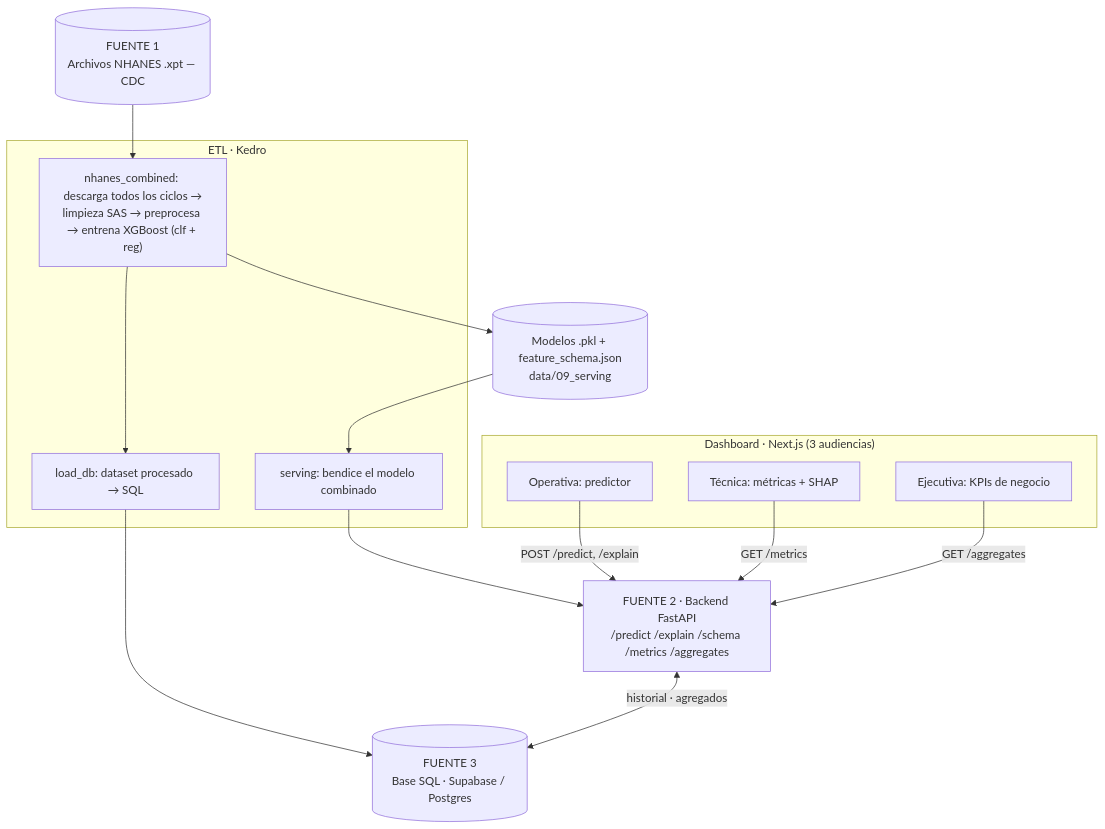
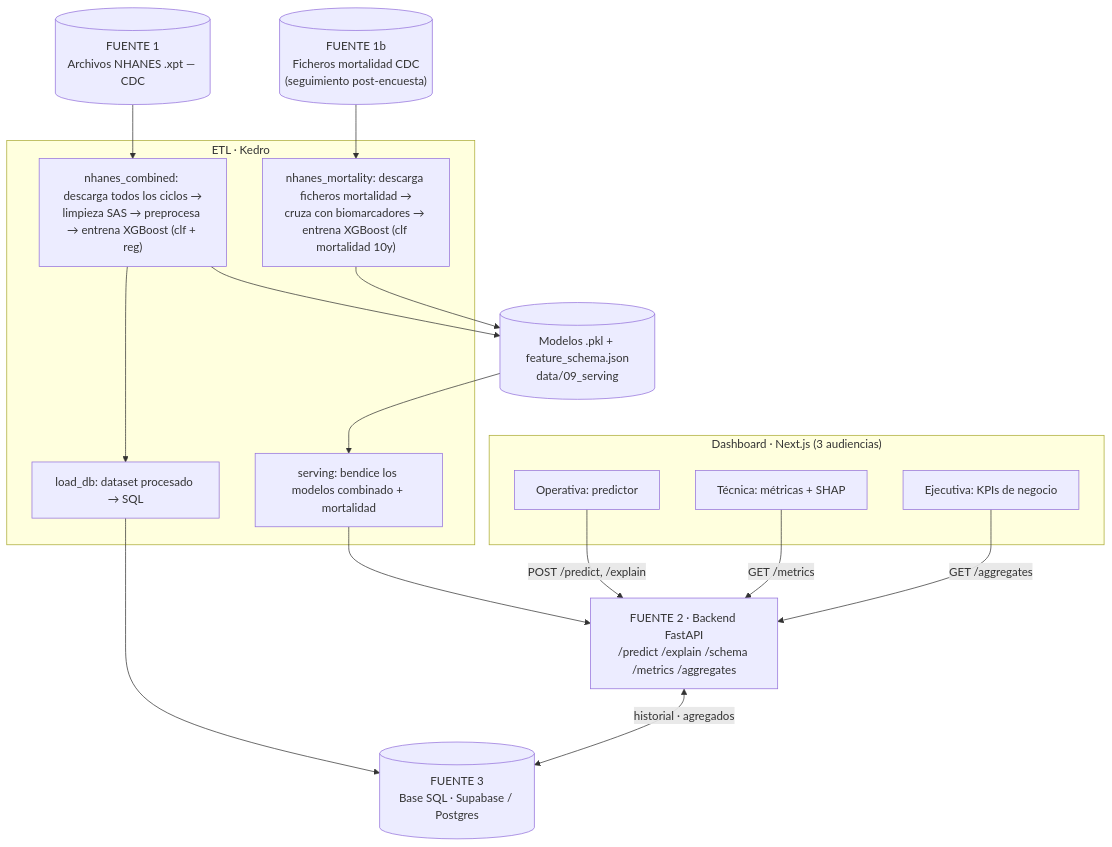
Before and after one commit to Unknumb/ev3_nanhes: the first of 5 diagrams in docs/arquitectura.md, drawn with Mermaid. The commit also changed other lines of this file and 2 other files, not shown here.

First line of the commit message:
docs: actualizar documentación para reflejar 3 modelos y métricas reales

````diff
--- a/docs/arquitectura.md
+++ b/docs/arquitectura.md
@@ -20,29 +20,33 @@
 ```mermaid
 flowchart TD
     CDC[("FUENTE 1<br/>Archivos NHANES .xpt — CDC")]
+    MORT_CDC[("FUENTE 1b<br/>Ficheros mortalidad CDC<br/>(seguimiento post-encuesta)")]
 
     subgraph ETL["ETL · Kedro"]
         TRAIN["nhanes_combined: descarga todos los ciclos →<br/>limpieza SAS → preprocesa → entrena XGBoost (clf + reg)"]
-        SERV["serving: bendice el modelo combinado"]
+        MORTALITY["nhanes_mortality: descarga ficheros mortalidad →<br/>cruza con biomarcadores → entrena XGBoost (clf mortalidad 10y)"]
+        SERV["serving: bendice los modelos combinado + mortalidad"]
         LOADDB["load_db: dataset procesado → SQL"]
     end
 
     MODELS[("Modelos .pkl + feature_schema.json<br/>data/09_serving")]
 
     API["FUENTE 2 · Backend FastAPI<br/>/predict /explain /schema /metrics /aggregates"]
 
     SQL[("FUENTE 3<br/>Base SQL · Supabase / Postgres")]
 
     subgraph DASH["Dashboard · Next.js (3 audiencias)"]
         OPER["Operativa: predictor"]
         TECH["Técnica: métricas + SHAP"]
         EXEC["Ejecutiva: KPIs de negocio"]
     end
 
-    CDC --> TRAIN --> MODELS --> SERV --> API
+    CDC --> TRAIN --> MODELS
+    MORT_CDC --> MORTALITY --> MODELS
+    MODELS --> SERV --> API
     TRAIN --> LOADDB --> SQL
     API <-->|"historial · agregados"| SQL
     OPER -->|"POST /predict, /explain"| API
     TECH -->|"GET /metrics"| API
     EXEC -->|"GET /aggregates"| API
 ```
````
